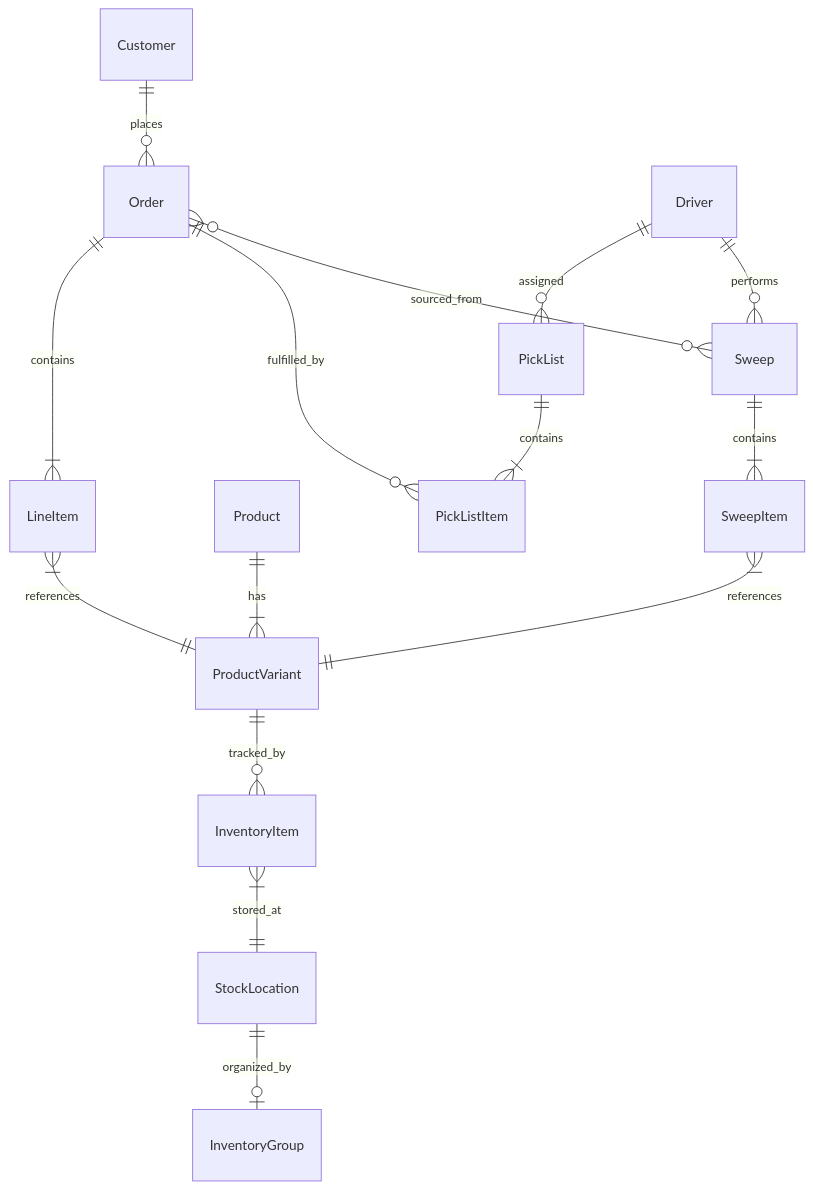
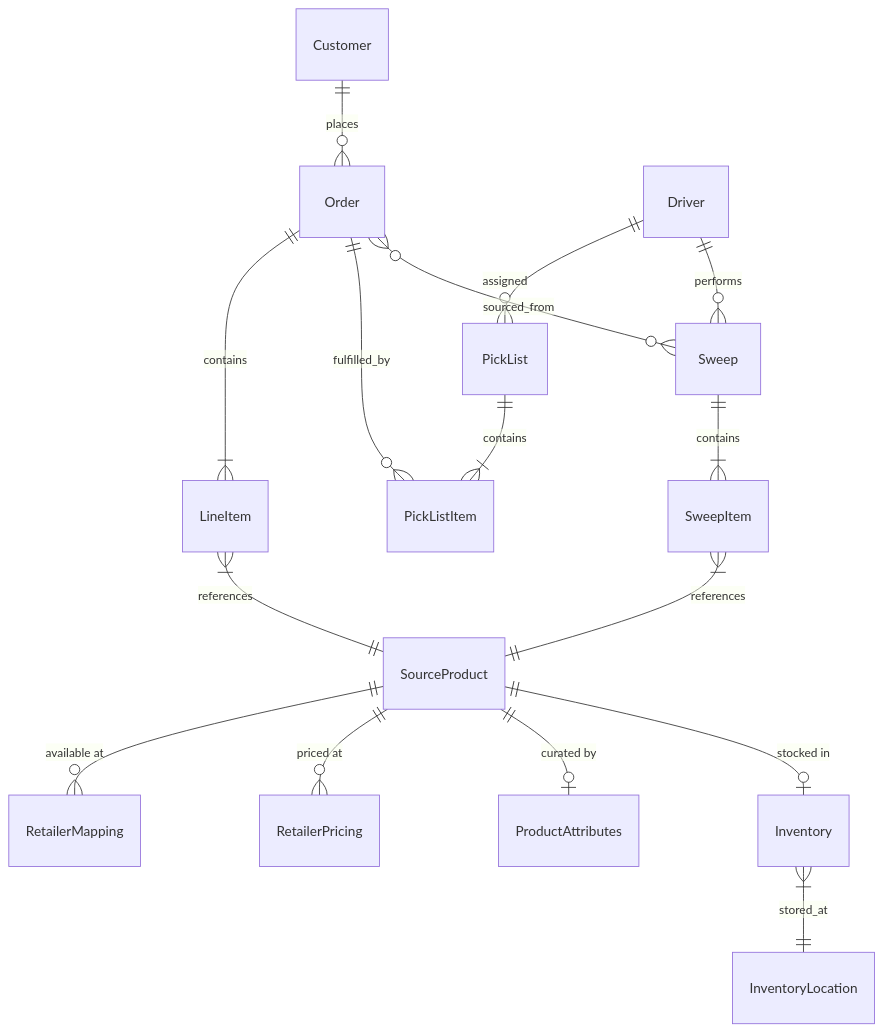
The second of 2 diagrams in docs/architecture/data-model.mdx (andrewdyar/switchyard), drawn with Mermaid before and after one commit. The commit also changed other lines of this file and 11 other files, not shown here.

````diff
--- a/docs/architecture/data-model.mdx
+++ b/docs/architecture/data-model.mdx
@@ -12,20 +47,21 @@
 ```mermaid
 erDiagram
     Customer ||--o{ Order : places
     Order ||--|{ LineItem : contains
-    LineItem }|--|| ProductVariant : references
-    Product ||--|{ ProductVariant : has
-    ProductVariant ||--o{ InventoryItem : tracked_by
-    InventoryItem }|--|| StockLocation : stored_at
-    StockLocation ||--o| InventoryGroup : organized_by
+    LineItem }|--|| SourceProduct : references
+    SourceProduct ||--o{ RetailerMapping : "available at"
+    SourceProduct ||--o{ RetailerPricing : "priced at"
+    SourceProduct ||--o| ProductAttributes : "curated by"
+    SourceProduct ||--o| Inventory : "stocked in"
+    Inventory }|--|| InventoryLocation : stored_at
     
     Order ||--o{ PickListItem : fulfilled_by
     PickList ||--|{ PickListItem : contains
     Driver ||--o{ PickList : assigned
     
     Sweep ||--|{ SweepItem : contains
     Driver ||--o{ Sweep : performs
-    SweepItem }|--|| ProductVariant : references
+    SweepItem }|--|| SourceProduct : references
     
     Order }o--o{ Sweep : sourced_from
 ```
````
